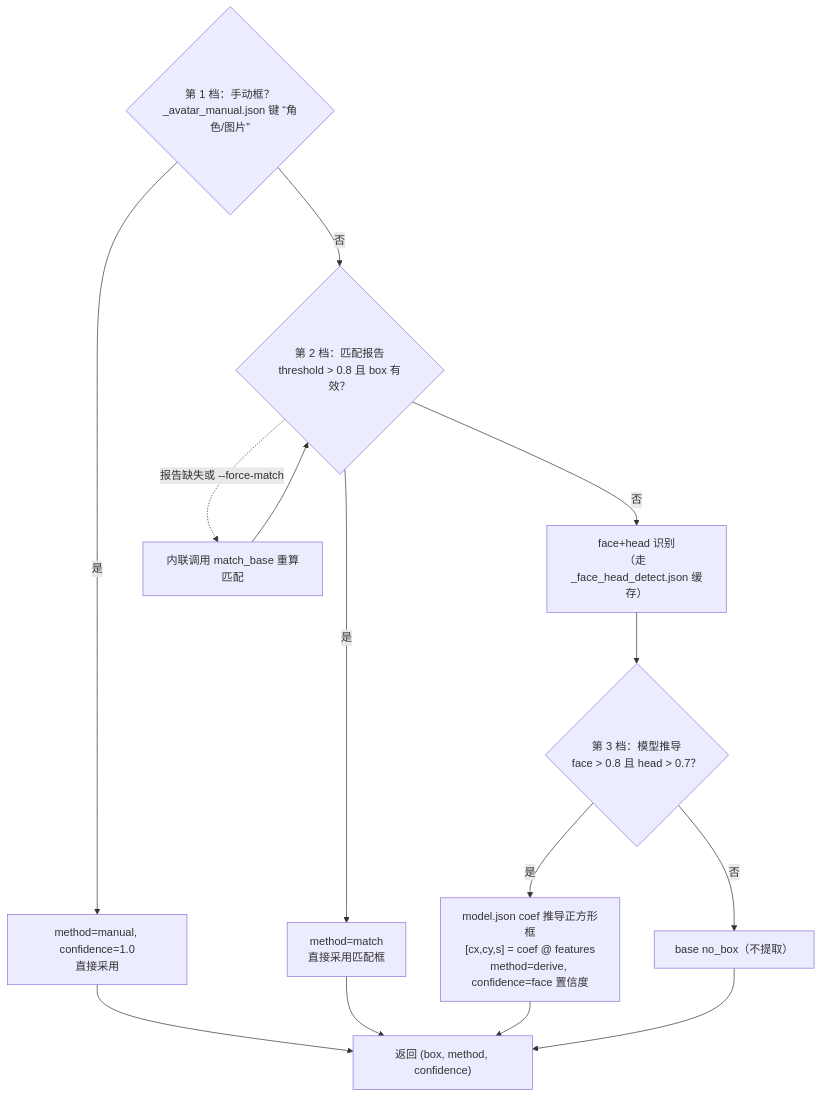
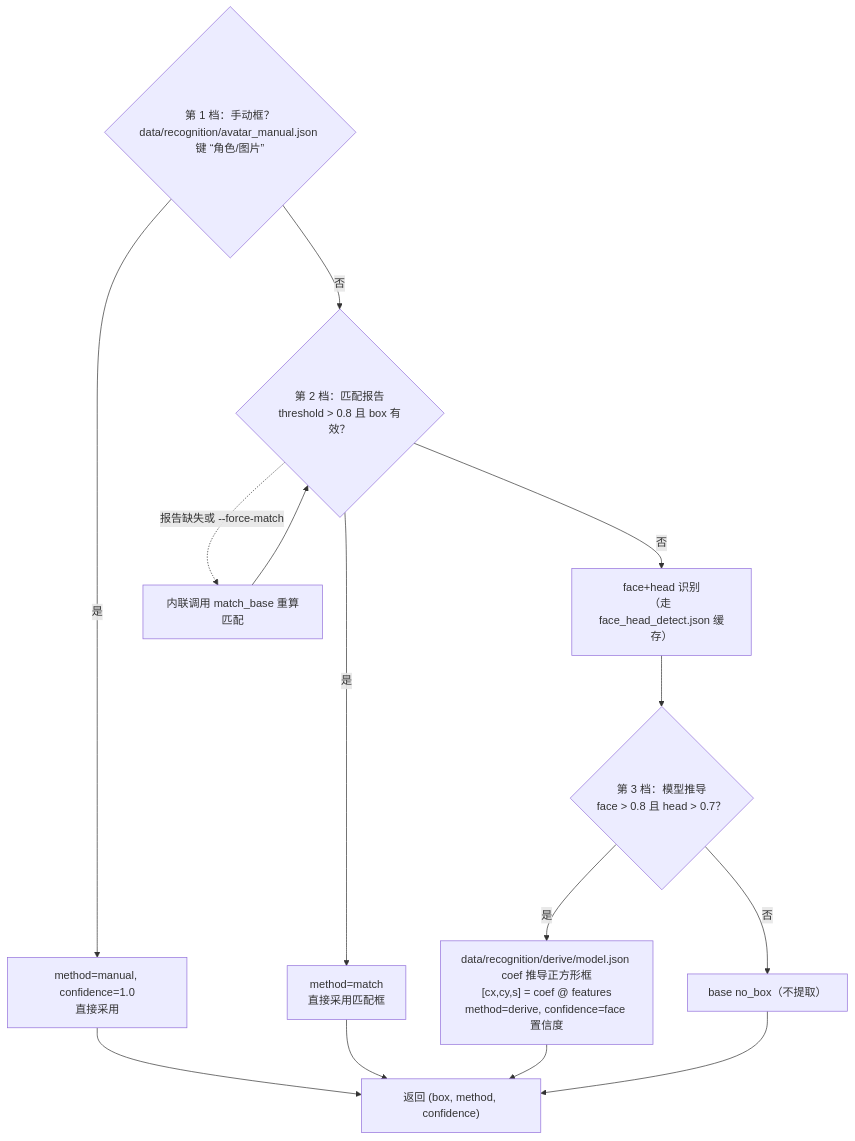
Before and after one commit to Arkfans/ArknightsAvatar: the eighth of 11 diagrams in docs/生产流程图.md, drawn with Mermaid. The commit also changed other lines of this file and 120 other files, not shown here.

Commit message:
refactor: rename to ArknightsAvatar, normalize data layout, add orchestration entries

````diff
--- a/docs/生产流程图.md
+++ b/docs/生产流程图.md
@@ -187,17 +223,17 @@
 ```mermaid
 flowchart TD
-    Tier1{"第 1 档：手动框？<br/>_avatar_manual.json 键 “角色/图片”"}
+    Tier1{"第 1 档：手动框？<br/>data/recognition/avatar_manual.json 键 “角色/图片”"}
     Tier1 -->|"是"| M["method=manual, confidence=1.0<br/>直接采用"]
     Tier1 -->|"否"| Tier2{"第 2 档：匹配报告<br/>threshold > 0.8 且 box 有效？"}
     Tier2 -->|"是"| T["method=match<br/>直接采用匹配框"]
-    Tier2 -->|"否"| Fd["face+head 识别<br/>（走 _face_head_detect.json 缓存）"]
+    Tier2 -->|"否"| Fd["face+head 识别<br/>（走 face_head_detect.json 缓存）"]
     Tier2 -. "报告缺失或 --force-match" .-> Inline["内联调用 match_base 重算匹配"]
     Inline --> Tier2
     Fd --> Tier3{"第 3 档：模型推导<br/>face > 0.8 且 head > 0.7？"}
-    Tier3 -->|"是"| D["model.json coef 推导正方形框<br/>[cx,cy,s] = coef @ features<br/>method=derive, confidence=face 置信度"]
+    Tier3 -->|"是"| D["data/recognition/derive/model.json coef 推导正方形框<br/>[cx,cy,s] = coef @ features<br/>method=derive, confidence=face 置信度"]
     Tier3 -->|"否"| NB["base no_box（不提取）"]
     M --> DoneB["返回 (box, method, confidence)"]
     T --> DoneB
     D --> DoneB
     NB --> DoneB
 ```
````
